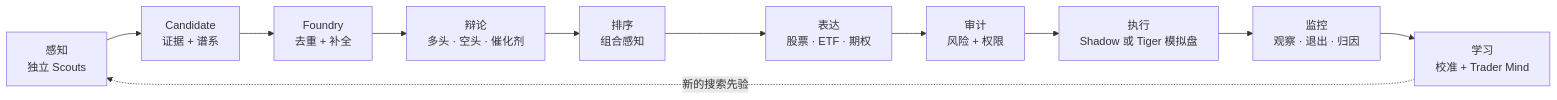
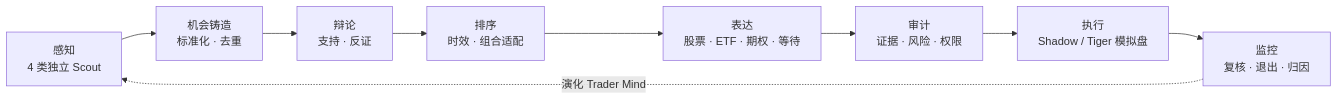
Before and after one commit to kyky2347/ALTA: the diagram in README.zh-CN.md, drawn with Mermaid. The commit also changed other lines of this file and 164 other files, not shown here.

````diff
--- a/README.zh-CN.md
+++ b/README.zh-CN.md
@@ -43,13 +47,11 @@
 ```mermaid
 flowchart LR
-    S[感知\n独立 Scouts] --> C[Candidate\n证据 + 谱系]
-    C --> F[Foundry\n去重 + 补全]
-    F --> D[辩论\n多头 · 空头 · 催化剂]
-    D --> R[排序\n组合感知]
-    R --> X[表达\n股票 · ETF · 期权]
-    X --> A[审计\n风险 + 权限]
-    A --> E[执行\nShadow 或 Tiger 模拟盘]
-    E --> M[监控\n观察 · 退出 · 归因]
-    M --> L[学习\n校准 + Trader Mind]
-    L -. 新的搜索先验 .-> S
+    S["感知<br/>4 类独立 Scout"] --> F["机会铸造<br/>标准化 · 去重"]
+    F --> D["辩论<br/>支持 · 反证"]
+    D --> R["排序<br/>时效 · 组合适配"]
+    R --> X["表达<br/>股票 · ETF · 期权 · 等待"]
+    X --> A["审计<br/>证据 · 风险 · 权限"]
+    A --> E["执行<br/>Shadow / Tiger 模拟盘"]
+    E --> M["监控<br/>复核 · 退出 · 归因"]
+    M -. "演化 Trader Mind" .-> S
 ```
````
